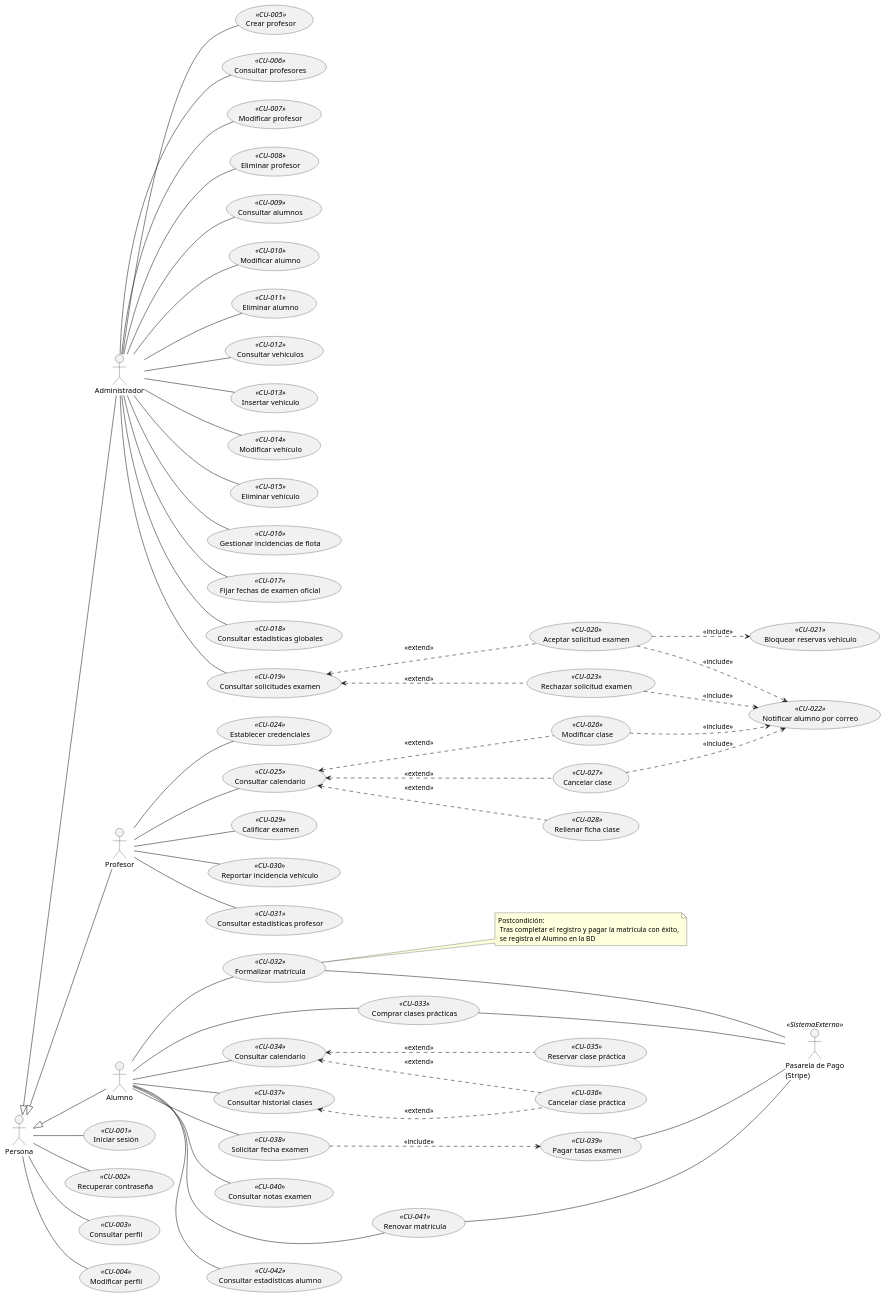
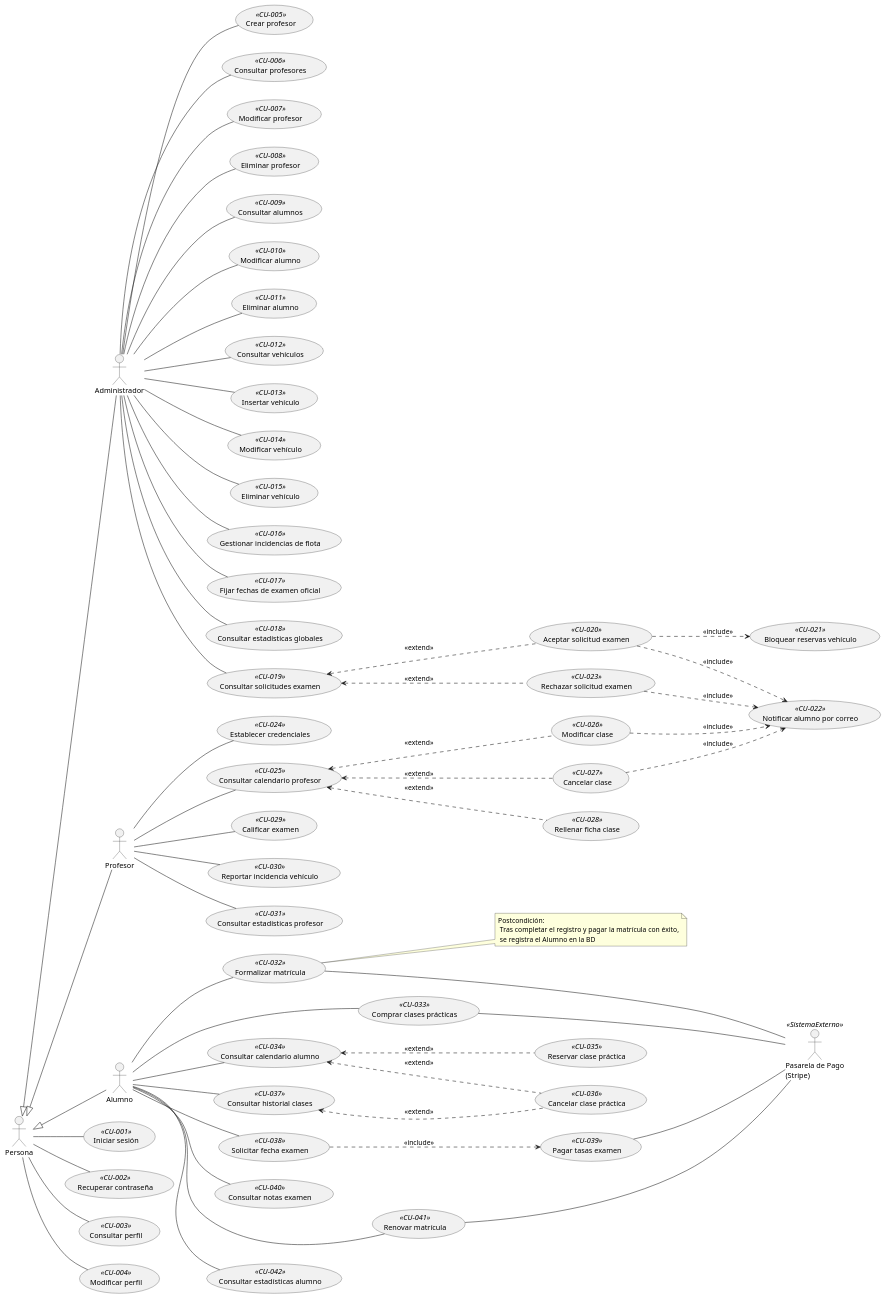
The diagram in Diagramas/Diagrama_CU.puml (antonioabadpro/ManDS), drawn with PlantUML before and after one commit. The commit also changed 1 other file, not shown here.

Commit message:
refactor: Modificación de textos del Diagrama CU (v11)

```diff
--- a/Diagramas/Diagrama_CU.puml
+++ b/Diagramas/Diagrama_CU.puml
@@ -1,151 +1,151 @@
-@startuml Diagrama_CU_v10
+@startuml Diagrama_CU_v11
 left to right direction
 skinparam packageStyle rectangle
 
 actor "Persona" as Persona
 actor "Administrador" as Admin
 actor "Profesor" as Prof
 actor "Alumno" as Alum
 
 ' Generalización de actores
 Persona <|-- Admin
 Persona <|-- Prof
 Persona <|-- Alum
 
 ' --- CASOS DE USO GENERALES ---
 usecase "Iniciar sesión" as iniciarSesion << CU-001 >>
 usecase "Recuperar contraseña" as recuperarPassword << CU-002 >>
 usecase "Consultar perfil" as consultarPerfil << CU-003 >>
 usecase "Modificar perfil" as modificarPerfil << CU-004 >>
 
 ' --- CASOS DE USO ADMINISTRADOR ---
 usecase "Crear profesor" as crearProfesor << CU-005 >>
 usecase "Consultar profesores" as consultarProfesores << CU-006 >>
 usecase "Modificar profesor" as modificarProfesor << CU-007 >>
 usecase "Eliminar profesor" as eliminarProfesor << CU-008 >>
 
 usecase "Consultar alumnos" as consultarAlumnos << CU-009 >>
 usecase "Modificar alumno" as modificarAlumno << CU-010 >>
 usecase "Eliminar alumno" as eliminarAlumno << CU-011 >>
 
 usecase "Consultar vehículos" as consultarVehiculos << CU-012 >>
 usecase "Insertar vehículo" as insertarVehiculo << CU-013 >>
 usecase "Modificar vehículo" as modificarVehiculo << CU-014 >>
 usecase "Eliminar vehículo" as eliminarVehiculo << CU-015 >>
 usecase "Gestionar incidencias de flota" as gestionarIncidencias << CU-016 >>
 
 usecase "Fijar fechas de examen oficial" as fijarFechasExamen << CU-017 >>
 usecase "Consultar estadísticas globales" as cEstadisticasAdmin << CU-018 >>
 
 usecase "Consultar solicitudes examen" as consultarSolicitudExamen << CU-019 >>
 usecase "Aceptar solicitud examen" as aceptarSolicitudExamen << CU-020 >>
 usecase "Bloquear reservas vehículo" as bloquearReservasVehiculo << CU-021 >>
 usecase "Notificar alumno por correo" as notificarAlumno << CU-022 >>
 usecase "Rechazar solicitud examen" as rechazarSolicitudExamen << CU-023 >>
 
 ' --- CASOS DE USO PROFESOR ---
 usecase "Establecer credenciales" as establecerCredenciales << CU-024 >>
-usecase "Consultar calendario" as consultarCalendarioProf << CU-025 >>
+usecase "Consultar calendario profesor" as consultarCalendarioProf << CU-025 >>
 usecase "Modificar clase" as modificarClase << CU-026 >>
 usecase "Cancelar clase" as cancelarClaseProf << CU-027 >>
 usecase "Rellenar ficha clase" as rellenarFichaClase << CU-028 >>
 usecase "Calificar examen" as calificarExamen << CU-029 >>
 usecase "Reportar incidencia vehículo" as reportarIncidencia << CU-030 >>
 usecase "Consultar estadísticas profesor" as cEstadisticasProf << CU-031 >>
 
 ' --- CASOS DE USO ALUMNO ---
 usecase "Formalizar matrícula" as formalizarMatricula << CU-032 >>
 note right of formalizarMatricula : Postcondición:\n Tras completar el registro y pagar la matrícula con éxito,\n se registra el Alumno en la BD
 
 usecase "Comprar clases prácticas" as comprarClases << CU-033 >>
-usecase "Consultar calendario" as consultarCalendarioAlum << CU-034 >>
+usecase "Consultar calendario alumno" as consultarCalendarioAlum << CU-034 >>
 usecase "Reservar clase práctica" as reservarClase << CU-035 >>
 usecase "Cancelar clase práctica" as cancelarClaseAlum << CU-036 >>
 usecase "Consultar historial clases" as consultarHistorial << CU-037 >>
 usecase "Solicitar fecha examen" as solicitarExamen << CU-038 >>
 usecase "Pagar tasas examen" as pagarTasas << CU-039 >>
 usecase "Consultar notas examen" as consultarNotas << CU-040 >>
 usecase "Renovar matrícula" as renovarMatricula << CU-041 >>
 usecase "Consultar estadísticas alumno" as cEstadisticasAlum << CU-042 >>
 
 ' --- ACTOR SECUNDARIO (SISTEMA EXTERNO) ---
 actor "Pasarela de Pago\n(Stripe)" as PasarelaPago << SistemaExterno >>
 
 ' --- RELACIONES ACTOR -> CASO DE USO ---
 
 ' Persona y base
 Persona -- iniciarSesion
 Persona -- recuperarPassword
 Persona -- consultarPerfil
 Persona -- modificarPerfil
 
 ' Administrador
 Admin -- crearProfesor
 Admin -- modificarProfesor
 Admin -- eliminarProfesor
 Admin -- consultarProfesores
 
 Admin -- modificarAlumno
 Admin -- eliminarAlumno
 Admin -- consultarAlumnos
 
 Admin -- insertarVehiculo
 Admin -- modificarVehiculo
 Admin -- eliminarVehiculo
 Admin -- consultarVehiculos
 Admin -- gestionarIncidencias
 
 Admin -- cEstadisticasAdmin
 Admin -- fijarFechasExamen
 Admin -- consultarSolicitudExamen
 
 ' Profesor
 Prof -- establecerCredenciales
 Prof -- consultarCalendarioProf
 Prof -- calificarExamen
 Prof -- cEstadisticasProf
 Prof -- reportarIncidencia
 
 ' Alumno
 Alum -- consultarCalendarioAlum
 Alum -- formalizarMatricula
 Alum -- comprarClases
 Alum -- consultarHistorial
 Alum -- consultarNotas
 Alum -- cEstadisticasAlum
 Alum -- solicitarExamen
 Alum -- renovarMatricula
 
 ' --- RELACIONES EXTEND E INCLUDE ---
 
 ' Extends de Administrador (Gestión Solicitudes)
 consultarSolicitudExamen <.. aceptarSolicitudExamen : <<extend>>
 aceptarSolicitudExamen ..> notificarAlumno : <<include>>
 aceptarSolicitudExamen ..> bloquearReservasVehiculo : <<include>>
 consultarSolicitudExamen <.. rechazarSolicitudExamen : <<extend>>
 rechazarSolicitudExamen ..> notificarAlumno : <<include>>
 
 ' Extends de Profesor (Consultar Calendario)
 consultarCalendarioProf <.. modificarClase : <<extend>>
 consultarCalendarioProf <.. cancelarClaseProf : <<extend>>
 consultarCalendarioProf <.. rellenarFichaClase : <<extend>>
 
 ' Includes de Profesor (Automatizaciones y Obligaciones)
 modificarClase ..> notificarAlumno : <<include>>
 cancelarClaseProf ..> notificarAlumno : <<include>>
 
 ' Includes de Alumno
 solicitarExamen ..> pagarTasas : <<include>>
 
 ' Extends de Alumno
 consultarCalendarioAlum <.. reservarClase : <<extend>>
 consultarCalendarioAlum <.. cancelarClaseAlum : <<extend>>
 consultarHistorial <.. cancelarClaseAlum : <<extend>>
 
 ' --- RELACIONES CON ACTORES SECUNDARIOS (A LA DERECHA) ---
 formalizarMatricula -- PasarelaPago
 comprarClases -- PasarelaPago
 pagarTasas -- PasarelaPago
 renovarMatricula -- PasarelaPago
 
 @enduml
```
